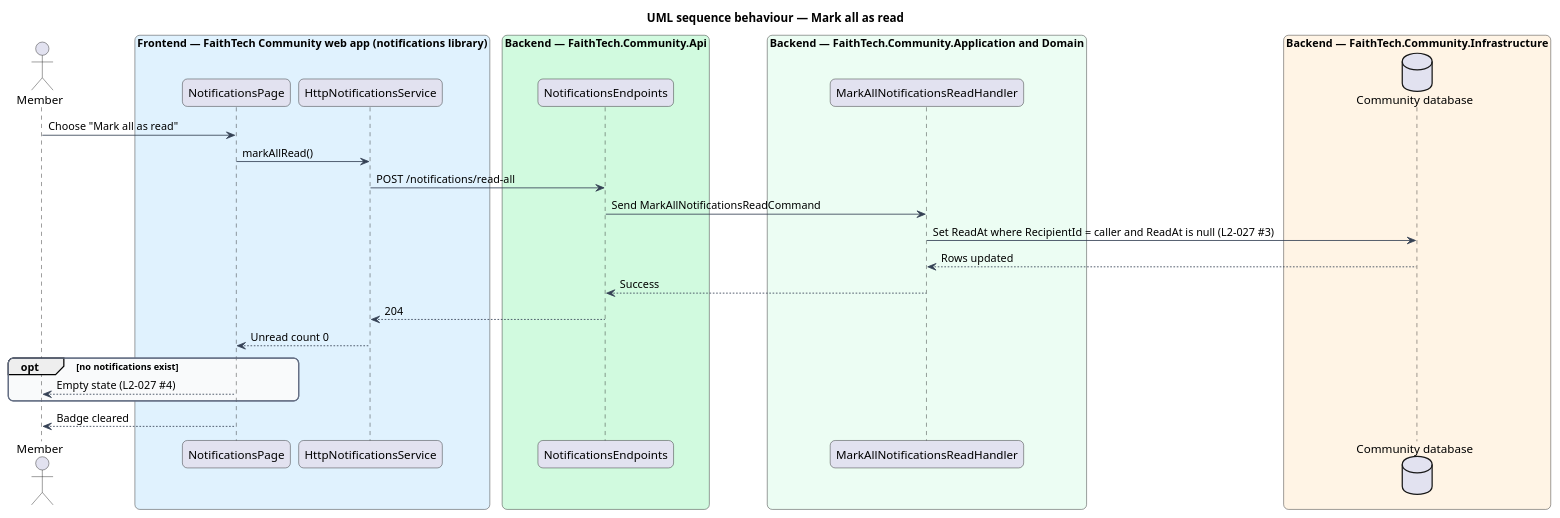
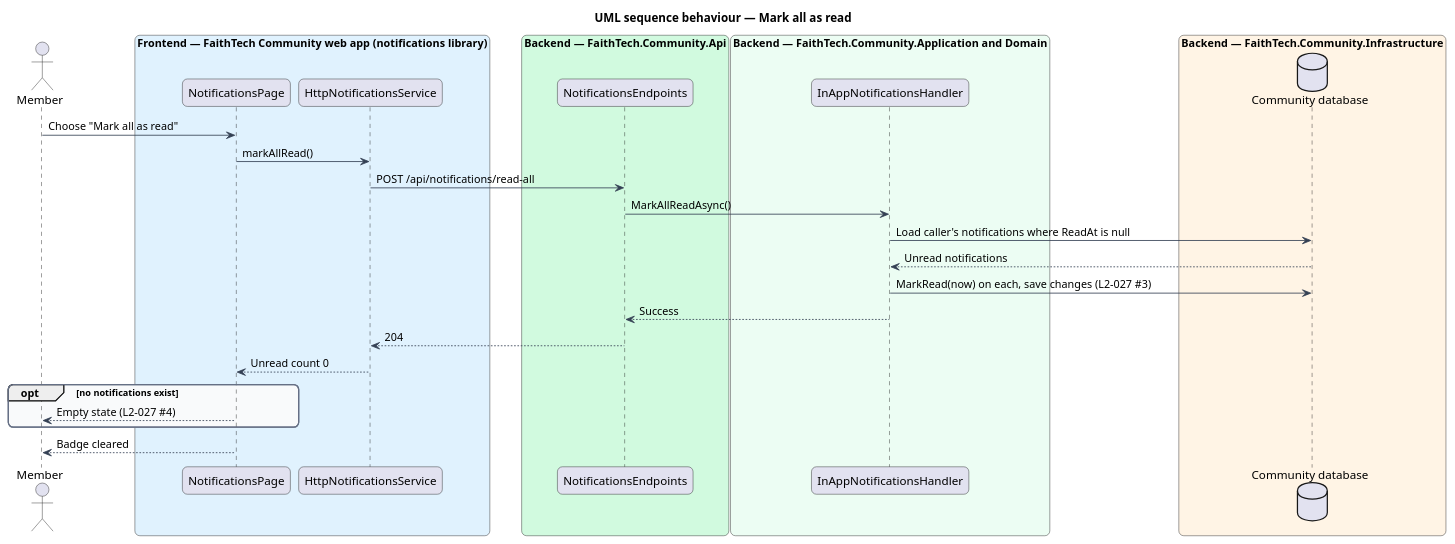
One commit to QuinntyneBrown/faithtech-community changed the diagram in docs/detailed-designs/notifications/in-app-notifications/diagrams/sequence-mark-all-read.puml. Above: the diagram before and after it, drawn with PlantUML. The commit also changed 33 other files, not shown here.

First line of the commit message:
Redraw the notification, announcement and search diagrams to match the code

```diff
--- a/docs/detailed-designs/notifications/in-app-notifications/diagrams/sequence-mark-all-read.puml
+++ b/docs/detailed-designs/notifications/in-app-notifications/diagrams/sequence-mark-all-read.puml
@@ -1,44 +1,45 @@
 @startuml
 title UML sequence behaviour — Mark all as read
 skinparam backgroundColor #FFFFFF
 skinparam shadowing false
 skinparam roundcorner 12
 skinparam defaultFontName Arial
 skinparam ArrowColor #344054
 skinparam rectangle {
   BorderColor #344054
   FontColor #101828
 }
 skinparam package {
   BorderColor #667085
   FontColor #101828
   BackgroundColor #F9FAFB
 }
 actor "Member" as actor
 box "Frontend — FaithTech Community web app (notifications library)" #E0F2FE
   participant "NotificationsPage" as page
   participant "HttpNotificationsService" as client
 end box
 box "Backend — FaithTech.Community.Api" #D1FADF
   participant "NotificationsEndpoints" as ep
 end box
 box "Backend — FaithTech.Community.Application and Domain" #ECFDF3
-  participant "MarkAllNotificationsReadHandler" as h
+  participant "InAppNotificationsHandler" as h
 end box
 box "Backend — FaithTech.Community.Infrastructure" #FFF4E5
   database "Community database" as db
 end box
 actor -> page : Choose "Mark all as read"
 page -> client : markAllRead()
-client -> ep : POST /notifications/read-all
-ep -> h : Send MarkAllNotificationsReadCommand
-h -> db : Set ReadAt where RecipientId = caller and ReadAt is null (L2-027 #3)
-db --> h : Rows updated
+client -> ep : POST /api/notifications/read-all
+ep -> h : MarkAllReadAsync()
+h -> db : Load caller's notifications where ReadAt is null
+db --> h : Unread notifications
+h -> db : MarkRead(now) on each, save changes (L2-027 #3)
 h --> ep : Success
 ep --> client : 204
 client --> page : Unread count 0
 opt no notifications exist
   page --> actor : Empty state (L2-027 #4)
 end
 page --> actor : Badge cleared
 @enduml
```
